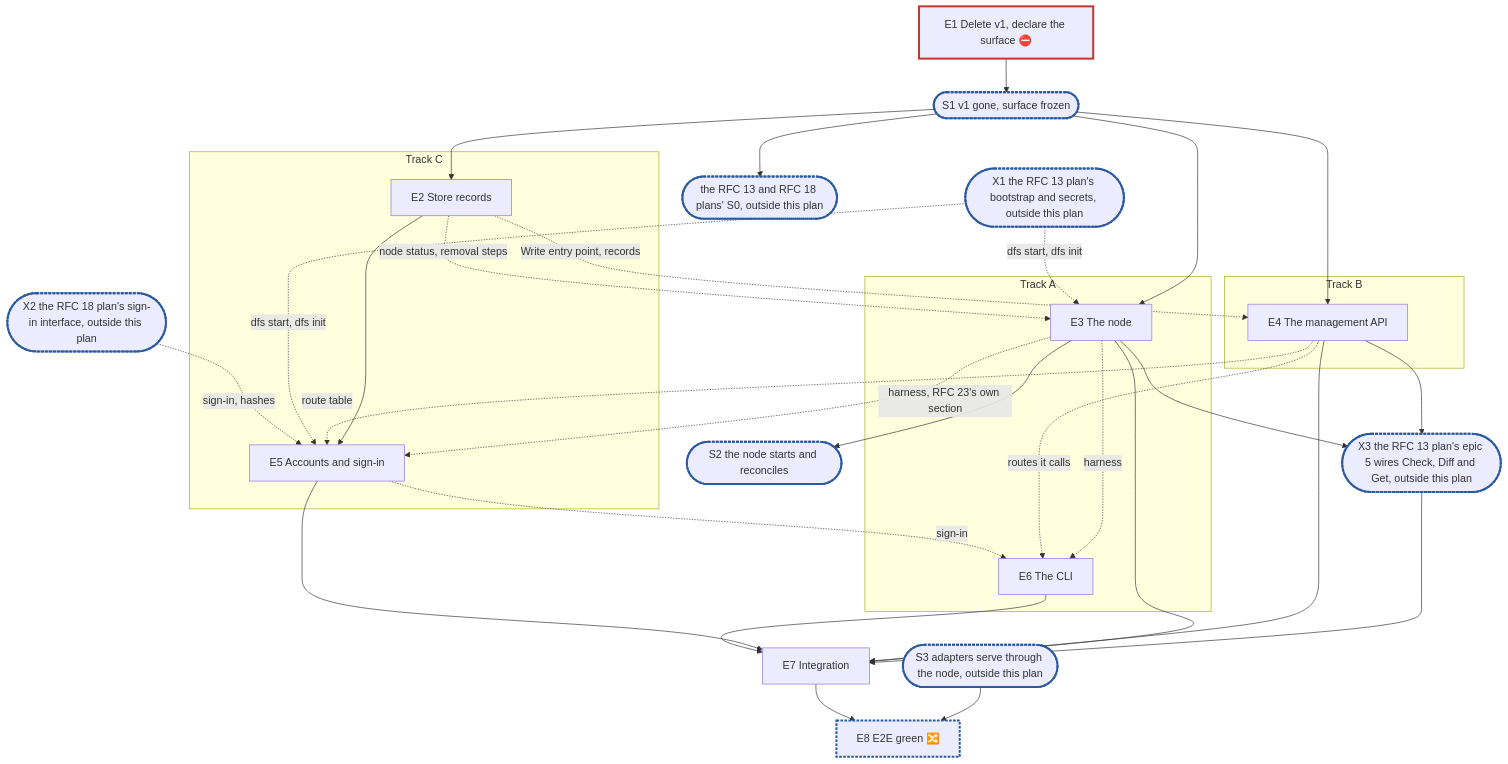
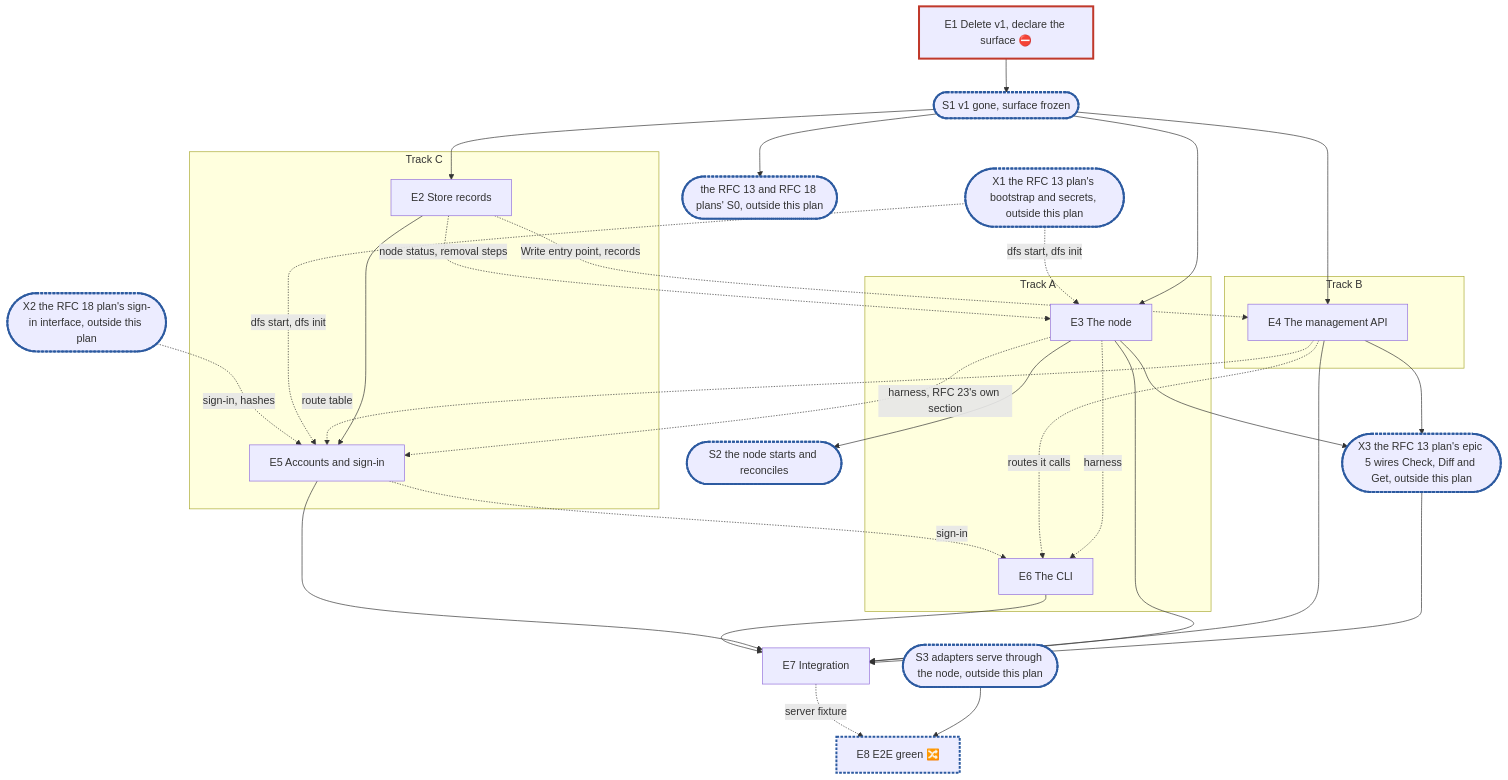
The diagram in docs/internals/planning/rfc-23-control-plane-plan.md (cubbit/dittofs), drawn with Mermaid before and after one commit. The commit also changed other lines of this file and 4 other files, not shown here.

````diff
--- a/docs/internals/planning/rfc-23-control-plane-plan.md
+++ b/docs/internals/planning/rfc-23-control-plane-plan.md
@@ -371,31 +372,31 @@
 ```mermaid
 flowchart TD
   E1["E1 Delete v1, declare the surface ⛔"]:::blocker --> S1(["S1 v1 gone, surface frozen"]):::sync
   subgraph A["Track A"]
     E3["E3 The node"] -. "harness" .-> E6["E6 The CLI"]
   end
   subgraph B["Track B"]
     E4["E4 The management API"]
   end
   subgraph C["Track C"]
     E2["E2 Store records"] --> E5["E5 Accounts and sign-in"]
   end
   S1 --> E2 & E3 & E4
   S1 --> P(["the RFC 13 and RFC 18 plans' S0, outside this plan"]):::sync
   E2 -. "Write entry point, records" .-> E4
   E2 -. "node status, removal steps" .-> E3
   E3 --> S2(["S2 the node starts and reconciles"]):::sync
   E4 -. "routes it calls" .-> E6
   E5 -. "sign-in" .-> E6
   E3 -. "harness, RFC 23's own section" .-> E5
   E4 -. "route table" .-> E5
   E3 & E4 --> X3(["X3 the RFC 13 plan's epic 5 wires Check, Diff and Get, outside this plan"]):::sync
   X3 --> E7
   E3 & E4 & E5 & E6 --> E7["E7 Integration"]
   X1(["X1 the RFC 13 plan's bootstrap and secrets, outside this plan"]):::sync -. "dfs start, dfs init" .-> E3 & E5
   X2(["X2 the RFC 18 plan's sign-in interface, outside this plan"]):::sync -. "sign-in, hashes" .-> E5
   S3(["S3 adapters serve through the node, outside this plan"]):::sync --> E8["E8 E2E green 🔀"]:::sync
-  E7 --> E8
+  E7 -. "server fixture" .-> E8
   classDef blocker stroke:#c0392b,stroke-width:3px
   classDef sync stroke:#2c5aa0,stroke-width:3px,stroke-dasharray:4 2
 ```
````
